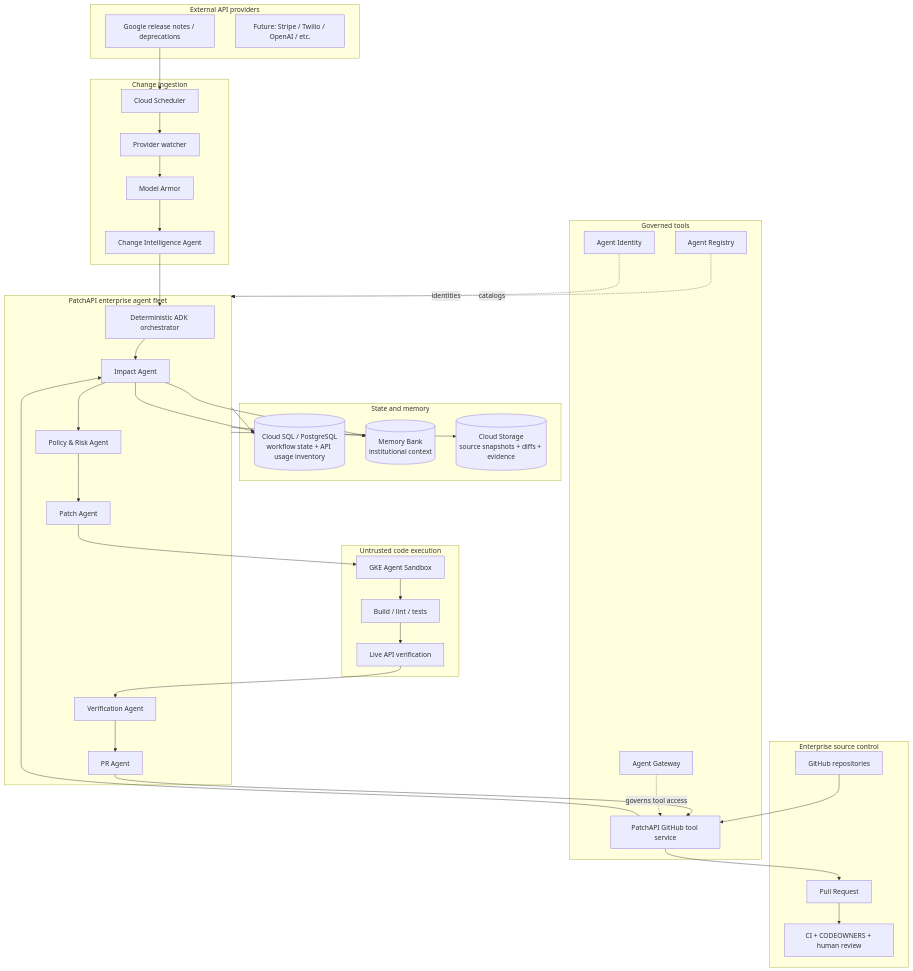
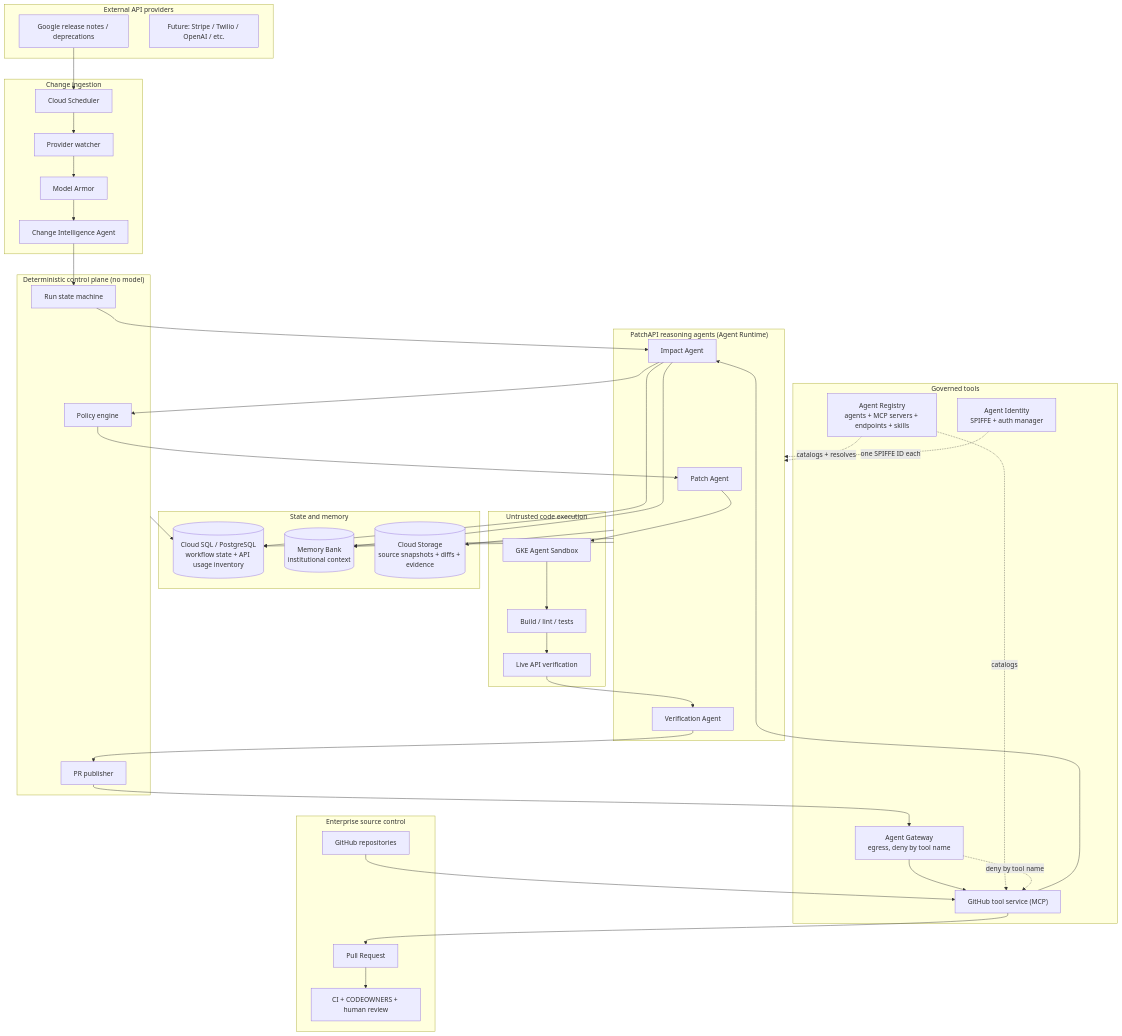
Before and after one commit to amelia751/patch: the second of 6 diagrams in roadmap.md, drawn with Mermaid. The commit also changed other lines of this file and 6 other files, not shown here.

First line of the commit message:
Document the provider-usage schema and repo indexer plan

````diff
--- a/roadmap.md
+++ b/roadmap.md
@@ -198,13 +246,16 @@
         Manifest["Change Intelligence Agent"]
     end
 
-    subgraph Fleet["PatchAPI enterprise agent fleet"]
-        Orchestrator["Deterministic ADK orchestrator"]
+    subgraph Fleet["PatchAPI reasoning agents (Agent Runtime)"]
         Impact["Impact Agent"]
-        Policy["Policy & Risk Agent"]
         Patch["Patch Agent"]
         Verify["Verification Agent"]
-        PR["PR Agent"]
+    end
+
+    subgraph Det["Deterministic control plane (no model)"]
+        Orchestrator["Run state machine"]
+        Policy["Policy engine"]
+        Publisher["PR publisher"]
     end
 
     subgraph State["State and memory"]
@@ -214,10 +265,10 @@
     end
 
     subgraph Tools["Governed tools"]
-        Registry["Agent Registry"]
-        Gateway["Agent Gateway"]
-        Identity["Agent Identity"]
-        GithubTool["PatchAPI GitHub tool service"]
+        Registry["Agent Registry\nagents + MCP servers + endpoints + skills"]
+        Gateway["Agent Gateway\negress, deny by tool name"]
+        Identity["Agent Identity\nSPIFFE + auth manager"]
+        GithubTool["GitHub tool service (MCP)"]
     end
 
     subgraph Sandbox["Untrusted code execution"]
@@ -249,19 +300,22 @@
     Build --> Live
     Live --> Verify
 
-    Verify --> PR
-    PR --> GithubTool
+    Verify --> Publisher
+    Publisher --> Gateway
+    Gateway --> GithubTool
     GithubTool --> Pull
     Pull --> Review
 
     Repos --> GithubTool
     GithubTool --> Impact
 
-    Registry -. catalogs .-> Fleet
-    Identity -. identities .-> Fleet
-    Gateway -. governs tool access .-> GithubTool
+    Registry -. catalogs + resolves .-> Fleet
+    Registry -. catalogs .-> GithubTool
+    Identity -. one SPIFFE ID each .-> Fleet
+    Gateway -. deny by tool name .-> GithubTool
 
     Fleet --> SQL
     Fleet --> GCS
     Fleet --> Memory
+    Det --> SQL
 ```
````
